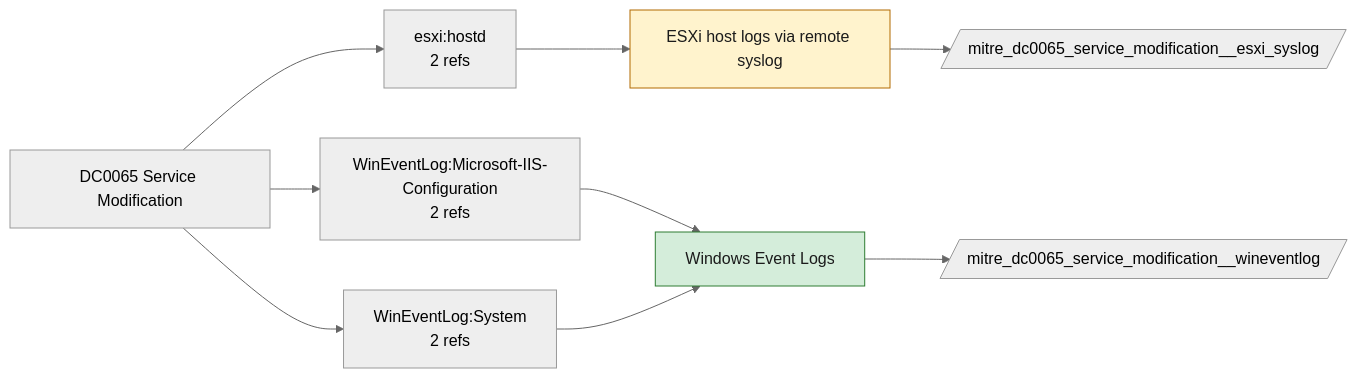
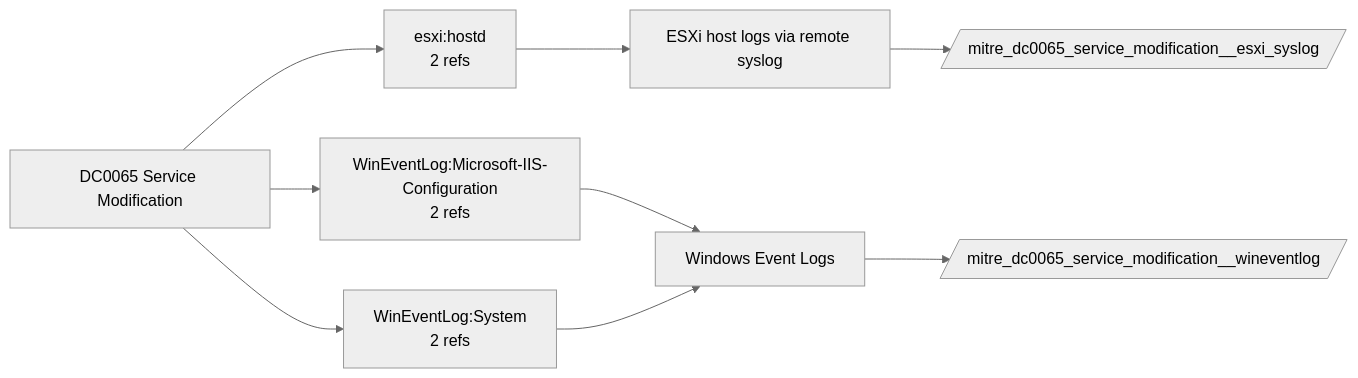
Before and after one commit to dev-nobytes-io/mitre-defensive-mappings-spl: the diagram in docs/data-components/DC0065-service-modification.md, drawn with Mermaid (neutral theme). The commit also changed other lines of this file and 366 other files, not shown here.

````diff
--- a/docs/data-components/DC0065-service-modification.md
+++ b/docs/data-components/DC0065-service-modification.md
@@ -19,18 +19,14 @@
 ```mermaid
 flowchart LR
   DC["DC0065 Service Modification"]
   DC --> LS0["esxi:hostd<br/>2 refs"]
   F_esxi_syslog["ESXi host logs via remote syslog"]
   LS0 --> F_esxi_syslog
   DC --> LS1["WinEventLog:Microsoft-IIS-Configuration<br/>2 refs"]
   F_wineventlog["Windows Event Logs"]
   LS1 --> F_wineventlog
   DC --> LS2["WinEventLog:System<br/>2 refs"]
   LS2 --> F_wineventlog
+  F_esxi_syslog --> ET_esxi_syslog[/"mitre_dc0065_service_modification__esxi_syslog"/]
   F_wineventlog --> ET_wineventlog[/"mitre_dc0065_service_modification__wineventlog"/]
-  class F_wineventlog live
-  F_esxi_syslog --> ET_esxi_syslog[/"mitre_dc0065_service_modification__esxi_syslog"/]
-  class F_esxi_syslog ready
-  classDef live fill:#d4edda,stroke:#2e7d32,color:#1b1b1b
-  classDef ready fill:#fff3cd,stroke:#b26a00,color:#1b1b1b
 ```
````
